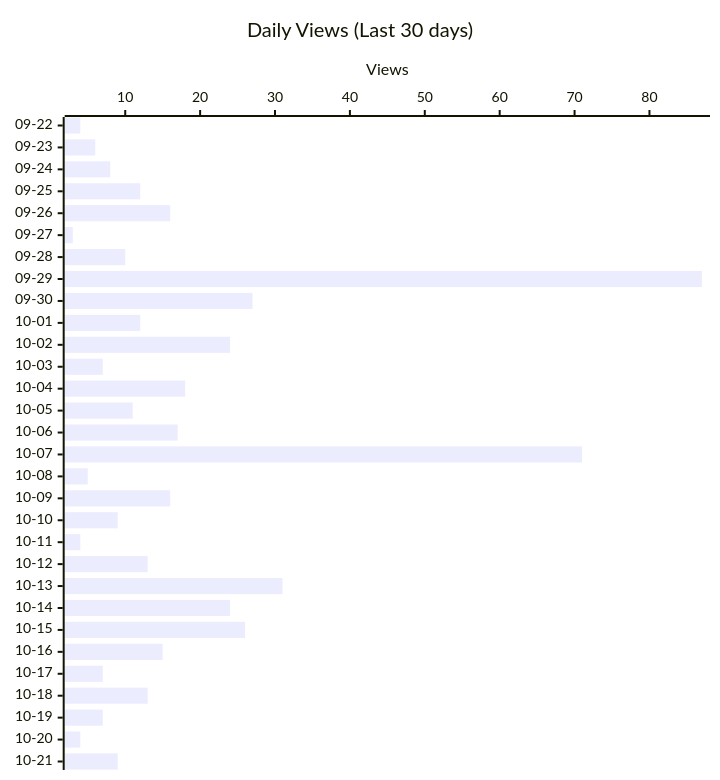
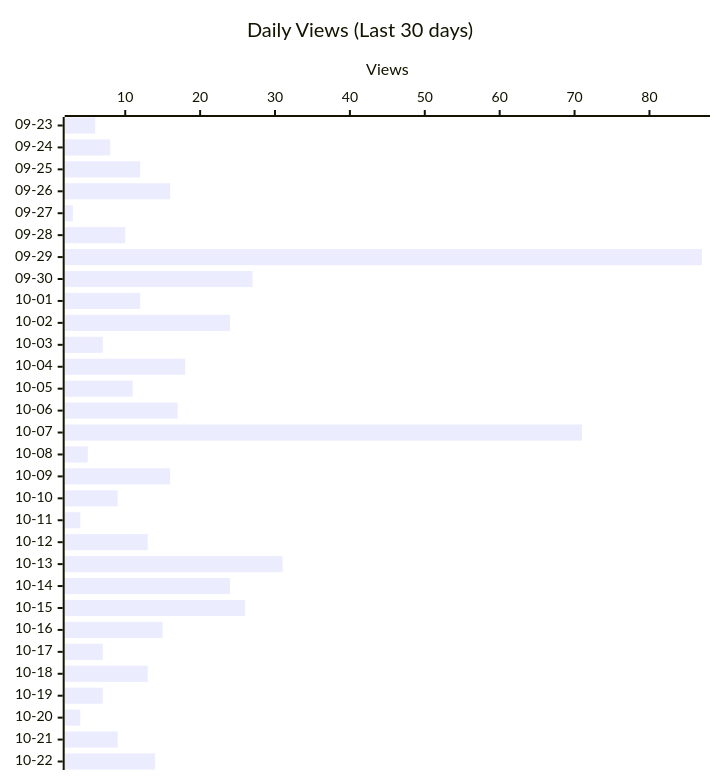
One commit to shigechika/github-insights changed the second of 4 diagrams in README.md. Above: the diagram before and after it, drawn with Mermaid. The commit also changed other lines of this file and 2 other files, not shown here.

````diff
--- a/README.md
+++ b/README.md
@@ -28,12 +28,12 @@
 ```mermaid
 ---
 config:
   xyChart:
     height: 760
 ---
 xychart-beta horizontal
     title "Daily Views (Last 30 days)"
-    x-axis ["09-22", "09-23", "09-24", "09-25", "09-26", "09-27", "09-28", "09-29", "09-30", "10-01", "10-02", "10-03", "10-04", "10-05", "10-06", "10-07", "10-08", "10-09", "10-10", "10-11", "10-12", "10-13", "10-14", "10-15", "10-16", "10-17", "10-18", "10-19", "10-20", "10-21"]
+    x-axis ["09-23", "09-24", "09-25", "09-26", "09-27", "09-28", "09-29", "09-30", "10-01", "10-02", "10-03", "10-04", "10-05", "10-06", "10-07", "10-08", "10-09", "10-10", "10-11", "10-12", "10-13", "10-14", "10-15", "10-16", "10-17", "10-18", "10-19", "10-20", "10-21", "10-22"]
     y-axis "Views"
-    bar [4, 6, 8, 12, 16, 3, 10, 87, 27, 12, 24, 7, 18, 11, 17, 71, 5, 16, 9, 4, 13, 31, 24, 26, 15, 7, 13, 7, 4, 9]
+    bar [6, 8, 12, 16, 3, 10, 87, 27, 12, 24, 7, 18, 11, 17, 71, 5, 16, 9, 4, 13, 31, 24, 26, 15, 7, 13, 7, 4, 9, 14]
 ```
````
